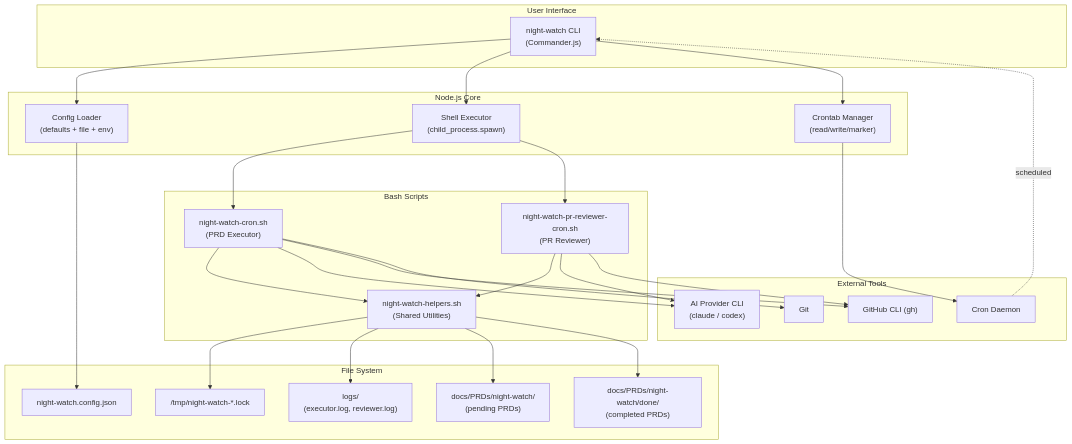
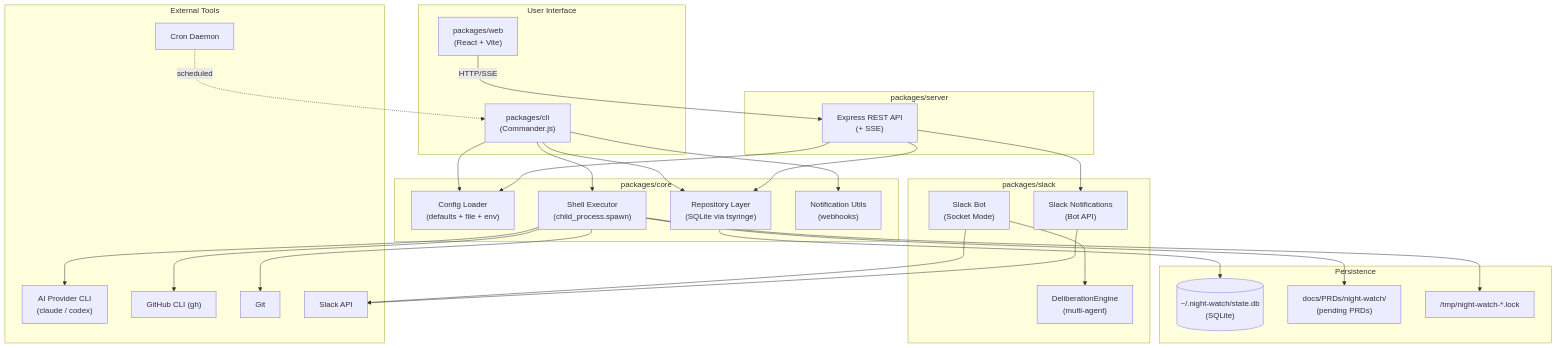
The first of 9 diagrams in docs/architecture-overview.md (jonit-dev/night-watch-cli), drawn with Mermaid before and after one commit. The commit also changed other lines of this file and 67 other files, not shown here.

````diff
--- a/docs/architecture-overview.md
+++ b/docs/architecture-overview.md
@@ -9,53 +9,57 @@
 ```mermaid
 graph TB
     subgraph User["User Interface"]
-        CLI["night-watch CLI<br/>(Commander.js)"]
+        CLI["packages/cli<br/>(Commander.js)"]
+        WebUI["packages/web<br/>(React + Vite)"]
     end
 
-    subgraph Core["Node.js Core"]
+    subgraph Core["packages/core"]
         Config["Config Loader<br/>(defaults + file + env)"]
         Shell["Shell Executor<br/>(child_process.spawn)"]
-        Crontab["Crontab Manager<br/>(read/write/marker)"]
+        Repos["Repository Layer<br/>(SQLite via tsyringe)"]
+        Notify["Notification Utils<br/>(webhooks)"]
     end
 
-    subgraph Scripts["Bash Scripts"]
-        Executor["night-watch-cron.sh<br/>(PRD Executor)"]
-        Reviewer["night-watch-pr-reviewer-cron.sh<br/>(PR Reviewer)"]
-        Helpers["night-watch-helpers.sh<br/>(Shared Utilities)"]
+    subgraph Server["packages/server"]
+        API["Express REST API<br/>(+ SSE)"]
+    end
+
+    subgraph SlackPkg["packages/slack"]
+        Bot["Slack Bot<br/>(Socket Mode)"]
+        DelibEngine["DeliberationEngine<br/>(multi-agent)"]
+        SlackNotify["Slack Notifications<br/>(Bot API)"]
     end
 
     subgraph External["External Tools"]
         Provider["AI Provider CLI<br/>(claude / codex)"]
         GH["GitHub CLI (gh)"]
         Git["Git"]
         CronDaemon["Cron Daemon"]
+        SlackAPI["Slack API"]
     end
 
-    subgraph Storage["File System"]
+    subgraph Storage["Persistence"]
+        DB[("~/.night-watch/state.db<br/>(SQLite)")]
         PRDs["docs/PRDs/night-watch/<br/>(pending PRDs)"]
-        Done["docs/PRDs/night-watch/done/<br/>(completed PRDs)"]
-        Logs["logs/<br/>(executor.log, reviewer.log)"]
         Lock["/tmp/night-watch-*.lock"]
-        ConfigFile["night-watch.config.json"]
     end
 
     CLI --> Config
     CLI --> Shell
-    CLI --> Crontab
-    Config --> ConfigFile
-    Shell --> Executor
-    Shell --> Reviewer
-    Executor --> Helpers
-    Reviewer --> Helpers
-    Executor --> Provider
-    Reviewer --> Provider
-    Executor --> GH
-    Reviewer --> GH
-    Executor --> Git
-    Helpers --> Lock
-    Helpers --> Logs
-    Helpers --> PRDs
-    Helpers --> Done
-    Crontab --> CronDaemon
+    CLI --> Repos
+    CLI --> Notify
+    WebUI -->|HTTP/SSE| API
+    API --> Config
+    API --> Repos
+    API --> SlackNotify
+    Shell --> Provider
+    Shell --> GH
+    Shell --> Git
+    Bot --> DelibEngine
+    Bot --> SlackAPI
+    SlackNotify --> SlackAPI
+    Repos --> DB
     CronDaemon -.->|scheduled| CLI
+    Shell --> Lock
+    Shell --> PRDs
 ```
````
